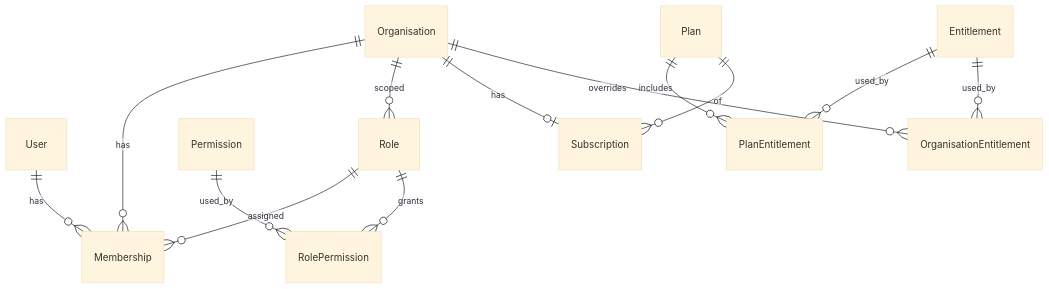
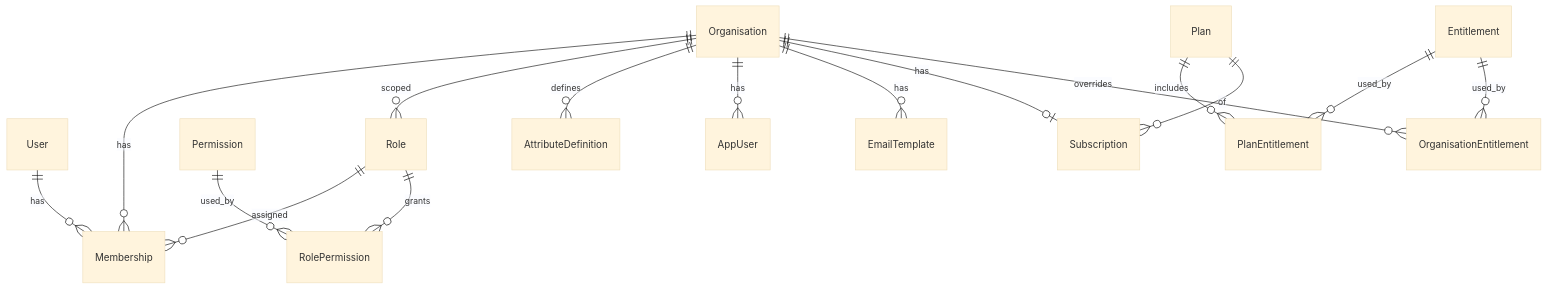
The diagram in docs/data-model.md (gsarmaonline/kycapp), drawn with Mermaid (base theme) before and after one commit. The commit also changed other lines of this file and 32 other files, not shown here.

````diff
--- a/docs/data-model.md
+++ b/docs/data-model.md
@@ -7,15 +7,18 @@
 ```mermaid
 erDiagram
   Organisation ||--o{ Membership : has
   User ||--o{ Membership : has
   Role ||--o{ Membership : assigned
   Organisation ||--o{ Role : scoped
   Role ||--o{ RolePermission : grants
   Permission ||--o{ RolePermission : used_by
+  Organisation ||--o{ AttributeDefinition : defines
+  Organisation ||--o{ AppUser : has
+  Organisation ||--o{ EmailTemplate : has
   Plan ||--o{ PlanEntitlement : includes
   Entitlement ||--o{ PlanEntitlement : used_by
   Organisation ||--o| Subscription : has
   Plan ||--o{ Subscription : of
   Organisation ||--o{ OrganisationEntitlement : overrides
   Entitlement ||--o{ OrganisationEntitlement : used_by
 ```
````
